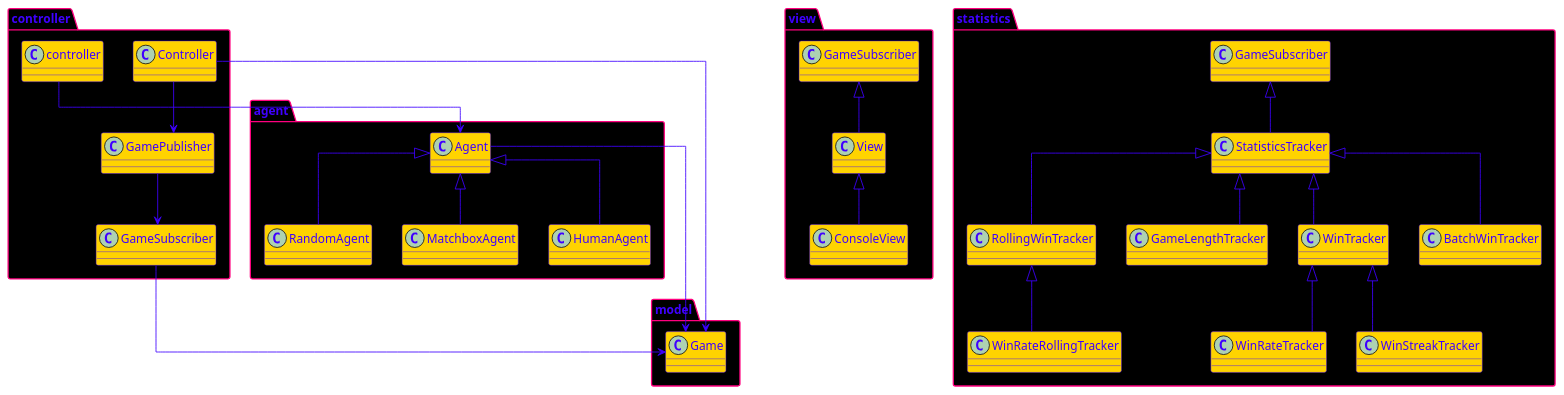
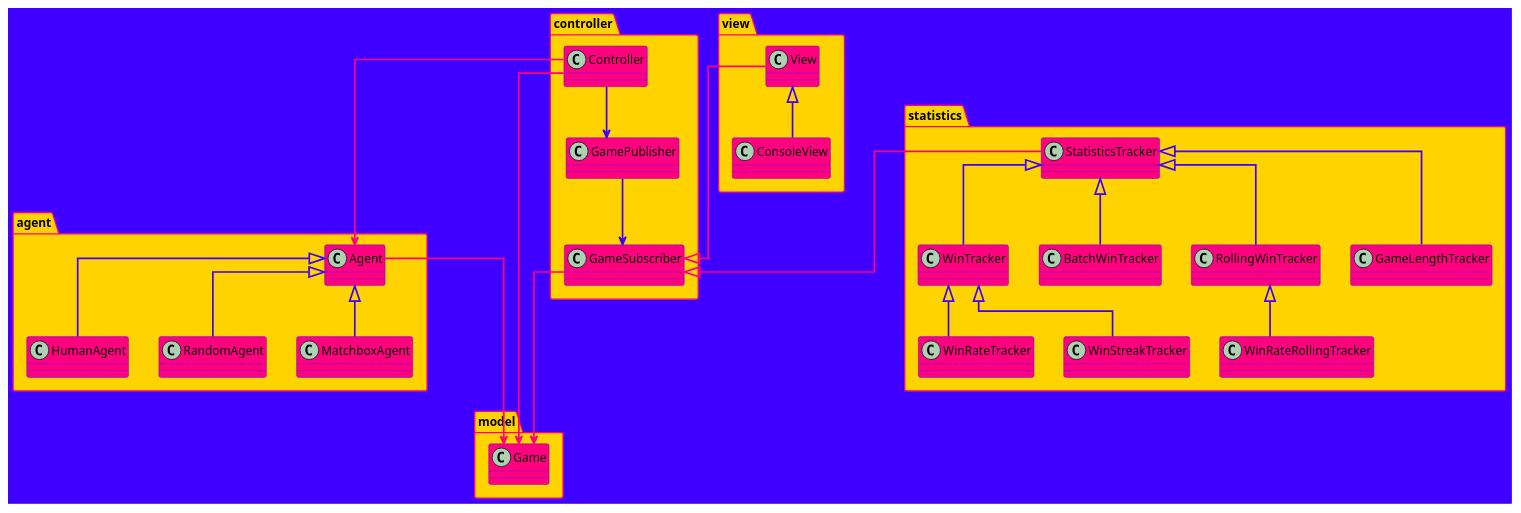
The diagram in documents/architecture.plantuml (tctibbs/tic-tac-brainiac), drawn with PlantUML before and after one commit.

Commit message:
Updated architecture diagram

```diff
--- a/documents/architecture.plantuml
+++ b/documents/architecture.plantuml
@@ -1,73 +1,71 @@
 @startuml Architecture
 
 skinparam linetype ortho
+skinparam backgroundColor #3F00FF
 
+' Package Styling
 skinparam package {
-    BackgroundColor Black
+    BackgroundColor #FFD300
     BorderColor #FF007F
-    FontColor #3F00FF
-    ArrowColor #FFD300
+    FontColor Black
 }
 
+' Class Styling
 skinparam class {
-    BackgroundColor #FFD300
+    BackgroundColor #FF007F
     BorderColor #3F00FF
-    FontColor #3F00FF
-    ArrowColor #FF007F
+    FontColor Black
+    ArrowColor #3F00FF
+    ArrowThickness 2
 }
 
-skinparam stereotypeCBackgroundColor #FFD300
-skinparam default {
-    BackgroundColor Black
-    FontColor #3F00FF
+' Arrow Styling
+skinparam Arrow {
+    Color #3F00FF
+    Thickness 2
 }
 
-skinparam Arrow {
-    Color #3F00FF
-}
-
+' Packages and Classes
 package model {
     class Game
 }
 
 package agent {
     class Agent
     class HumanAgent extends Agent
     class RandomAgent extends Agent
     class MatchboxAgent extends Agent
-
-    Agent --> Game
+    Agent -[#FF007F]--> Game
 }
 
 package controller {
     class Controller
     class GamePublisher
     class GameSubscriber
 
-    GameSubscriber --> Game
     GamePublisher --> GameSubscriber
     Controller --> GamePublisher
-    Controller --> Game
-    controller --> Agent 
+    GameSubscriber -[#FF007F]--> Game
+    Controller -[#FF007F]--> Game
+    Controller -[#FF007F]--> Agent 
 }
 
 package view {
-    class View extends GameSubscriber
+    class View
     class ConsoleView extends View
+    View -[#FF007F]--|> GameSubscriber
 }
 
 package statistics {
-    class StatisticsTracker extends GameSubscriber
+    class StatisticsTracker
     class WinTracker extends StatisticsTracker
     class WinRateTracker extends WinTracker
     class WinStreakTracker extends WinTracker
-    
     class BatchWinTracker extends StatisticsTracker
-
     class RollingWinTracker extends StatisticsTracker
     class WinRateRollingTracker extends RollingWinTracker
-
     class GameLengthTracker extends StatisticsTracker
+    StatisticsTracker -[#FF007F]-|> GameSubscriber
 }
 
 @enduml
```
